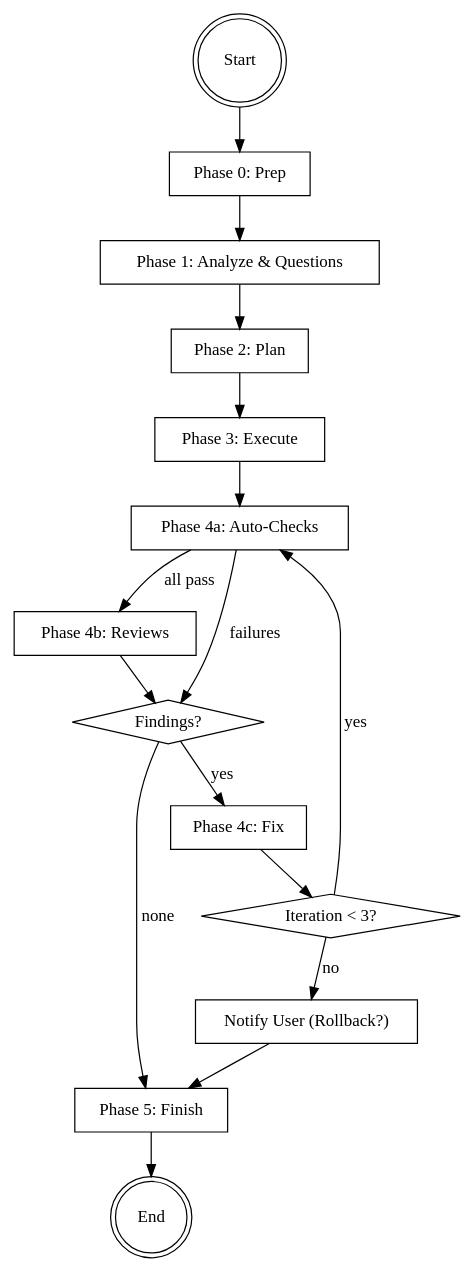
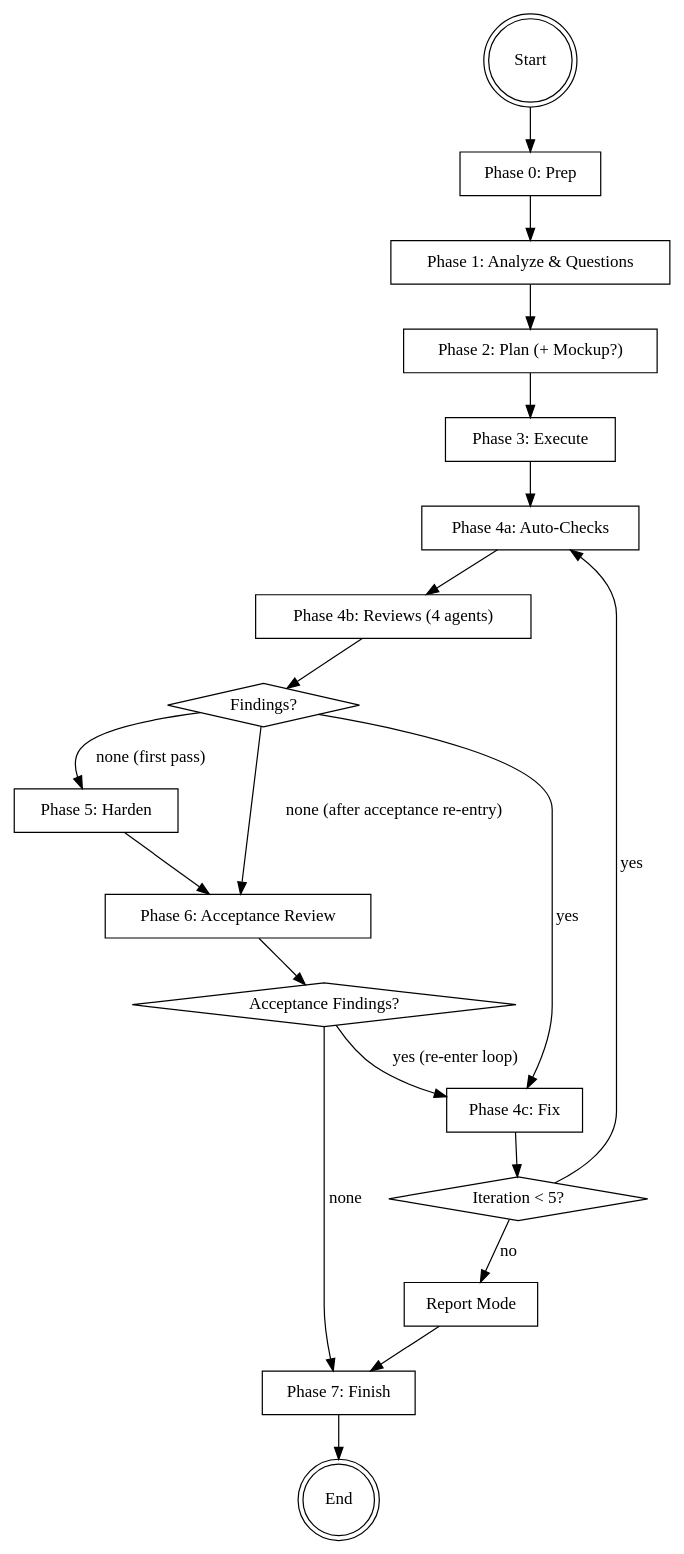
Before and after one commit to Lazybone/Codewright: the diagram in skills/auto-dev/SKILL.md, drawn with Graphviz. The commit also changed other lines of this file and 16 other files, not shown here.

First line of the commit message:
feat(auto-dev): upgrade review pipeline with 4-reviewer loop, hardening, and acceptance

````diff
--- a/skills/auto-dev/SKILL.md
+++ b/skills/auto-dev/SKILL.md
@@ -42,34 +45,41 @@
 ```dot
 digraph auto_dev {
     rankdir=TB;
     "Start" [shape=doublecircle];
     "Phase 0: Prep" [shape=box];
     "Phase 1: Analyze & Questions" [shape=box];
-    "Phase 2: Plan" [shape=box];
+    "Phase 2: Plan (+ Mockup?)" [shape=box];
     "Phase 3: Execute" [shape=box];
     "Phase 4a: Auto-Checks" [shape=box];
-    "Phase 4b: Reviews" [shape=box];
+    "Phase 4b: Reviews (4 agents)" [shape=box];
     "Findings?" [shape=diamond];
     "Phase 4c: Fix" [shape=box];
-    "Iteration < 3?" [shape=diamond];
-    "Notify User (Rollback?)" [shape=box];
-    "Phase 5: Finish" [shape=box];
+    "Iteration < 5?" [shape=diamond];
+    "Report Mode" [shape=box];
+    "Phase 5: Harden" [shape=box];
+    "Phase 6: Acceptance Review" [shape=box];
+    "Acceptance Findings?" [shape=diamond];
+    "Phase 7: Finish" [shape=box];
     "End" [shape=doublecircle];
 
     "Start" -> "Phase 0: Prep";
     "Phase 0: Prep" -> "Phase 1: Analyze & Questions";
-    "Phase 1: Analyze & Questions" -> "Phase 2: Plan";
-    "Phase 2: Plan" -> "Phase 3: Execute";
+    "Phase 1: Analyze & Questions" -> "Phase 2: Plan (+ Mockup?)";
+    "Phase 2: Plan (+ Mockup?)" -> "Phase 3: Execute";
     "Phase 3: Execute" -> "Phase 4a: Auto-Checks";
-    "Phase 4a: Auto-Checks" -> "Findings?" [label="failures"];
-    "Phase 4a: Auto-Checks" -> "Phase 4b: Reviews" [label="all pass"];
-    "Phase 4b: Reviews" -> "Findings?";
-    "Findings?" -> "Phase 5: Finish" [label="none"];
+    "Phase 4a: Auto-Checks" -> "Phase 4b: Reviews (4 agents)";
+    "Phase 4b: Reviews (4 agents)" -> "Findings?";
+    "Findings?" -> "Phase 5: Harden" [label="none (first pass)"];
+    "Findings?" -> "Phase 6: Acceptance Review" [label="none (after acceptance re-entry)"];
     "Findings?" -> "Phase 4c: Fix" [label="yes"];
-    "Phase 4c: Fix" -> "Iteration < 3?";
-    "Iteration < 3?" -> "Phase 4a: Auto-Checks" [label="yes"];
-    "Iteration < 3?" -> "Notify User (Rollback?)" [label="no"];
-    "Notify User (Rollback?)" -> "Phase 5: Finish";
-    "Phase 5: Finish" -> "End";
+    "Phase 4c: Fix" -> "Iteration < 5?";
+    "Iteration < 5?" -> "Phase 4a: Auto-Checks" [label="yes"];
+    "Iteration < 5?" -> "Report Mode" [label="no"];
+    "Report Mode" -> "Phase 7: Finish";
+    "Phase 5: Harden" -> "Phase 6: Acceptance Review";
+    "Phase 6: Acceptance Review" -> "Acceptance Findings?";
+    "Acceptance Findings?" -> "Phase 7: Finish" [label="none"];
+    "Acceptance Findings?" -> "Phase 4c: Fix" [label="yes (re-enter loop)"];
+    "Phase 7: Finish" -> "End";
 }
 ```
````
